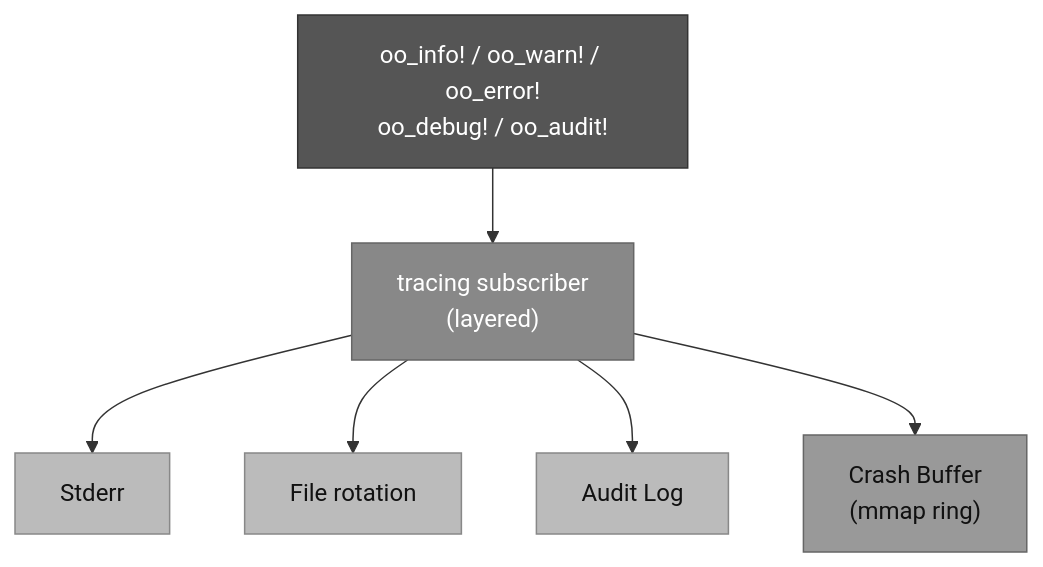
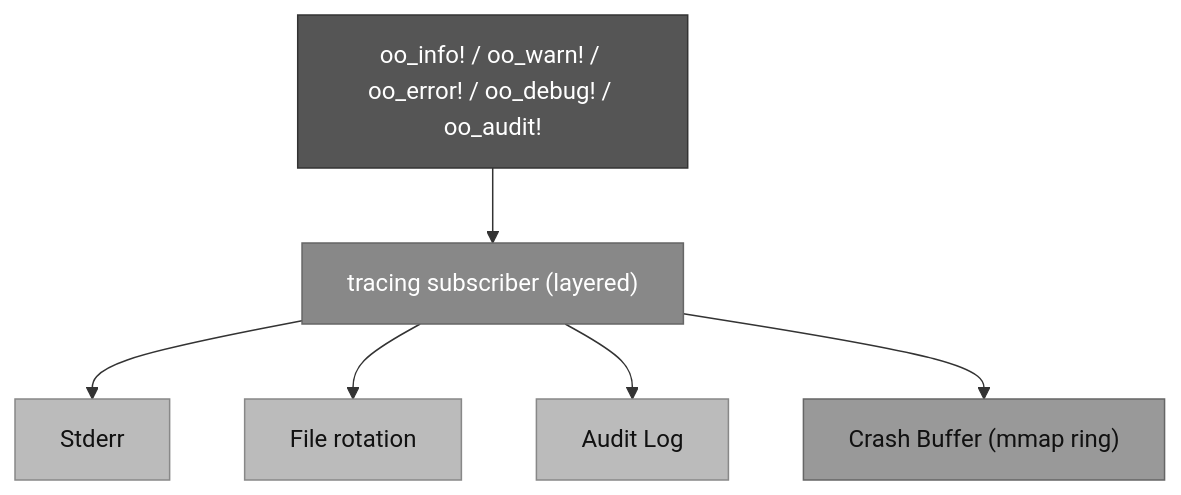
One commit to OpenObscure/OpenObscure changed diagram 12 of 14 in ARCHITECTURE.md. Above: the diagram before and after it, drawn with Mermaid. The commit also changed other lines of this file and 1 other file, not shown here.

First line of the commit message:
Remove \n line breaks from mermaid flowchart labels

````diff
--- a/ARCHITECTURE.md
+++ b/ARCHITECTURE.md
@@ -566,23 +566,23 @@
 ```mermaid
 flowchart TB
-    macros["oo_info! / oo_warn! / oo_error!\noo_debug! / oo_audit!"]
-    subscriber["tracing subscriber\n(layered)"]
+    macros["oo_info! / oo_warn! / oo_error! / oo_debug! / oo_audit!"]
+    subscriber["tracing subscriber (layered)"]
     macros --> subscriber
 
     stderr["Stderr"]
     filelog["File rotation"]
     audit["Audit Log"]
-    crash["Crash Buffer\n(mmap ring)"]
+    crash["Crash Buffer (mmap ring)"]
 
     subscriber --> stderr
     subscriber --> filelog
     subscriber --> audit
     subscriber --> crash
 
     style macros fill:#555,stroke:#333,color:#fff
     style subscriber fill:#888,stroke:#666,color:#fff
     style stderr fill:#bbb,stroke:#888,color:#111
     style filelog fill:#bbb,stroke:#888,color:#111
     style audit fill:#bbb,stroke:#888,color:#111
     style crash fill:#999,stroke:#666,color:#111
 ```
````
